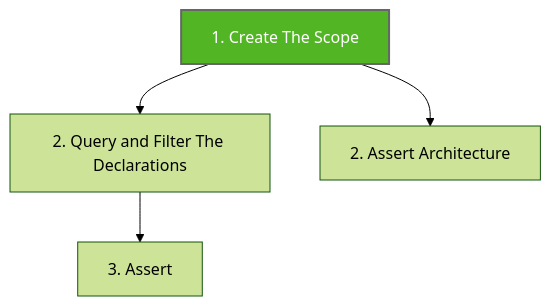
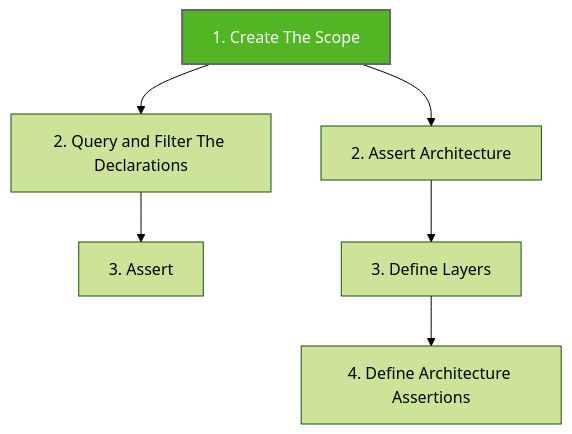
The first of 2 diagrams in getting-started/gettingstarted.md (LemonAppDev/konsist-documentation), drawn with Mermaid before and after one commit. The commit also changed other lines of this file and 1 other file, not shown here.

````diff
--- a/getting-started/gettingstarted.md
+++ b/getting-started/gettingstarted.md
@@ -76,10 +76,12 @@
 ```mermaid
 %%{init: {'theme':'forest'}}%%
 flowchart TB
     Step1["1. Create The Scope"]-->StepD2
     Step1["1. Create The Scope"]-->StepA2
     StepD2["2. Query and Filter The Declarations"]-->StepD3
     StepD3["3. Assert"]
-    StepA2["2. Assert Architecture"]
+    StepA2["2. Assert Architecture"]-->StepA3
+    StepA3["3. Define Layers"]-->StepA4
+    StepA4["4. Define Architecture Assertions"]
     style Step1 fill:#52B523,stroke:#666,stroke-width:2px,color:#fff
 ```
````
